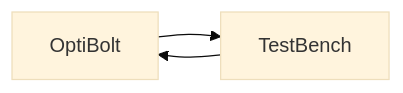
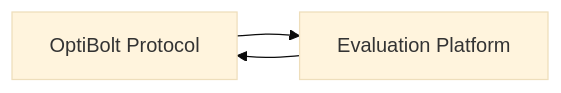
The second of 2 diagrams in README.md (Ziemniaczenka/OptiBolt-protocol-and-evaluation), drawn with Mermaid (base theme) before and after one commit. The commit also changed other lines of this file and 1 other file, not shown here.

````diff
--- a/README.md
+++ b/README.md
@@ -221,8 +230,8 @@
 ``` mermaid
   flowchart LR
 
-  OptiBolt[OptiBolt] --> TestBench
-  TestBench --> OptiBolt
+  OptiBolt[OptiBolt Protocol] --> Eval[Evaluation Platform]
+  Eval --> OptiBolt
 
 
 ```
````
